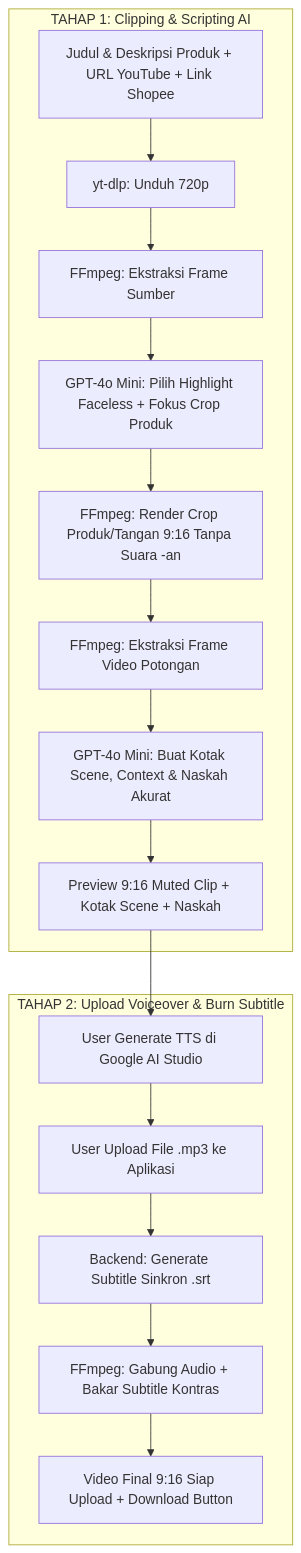
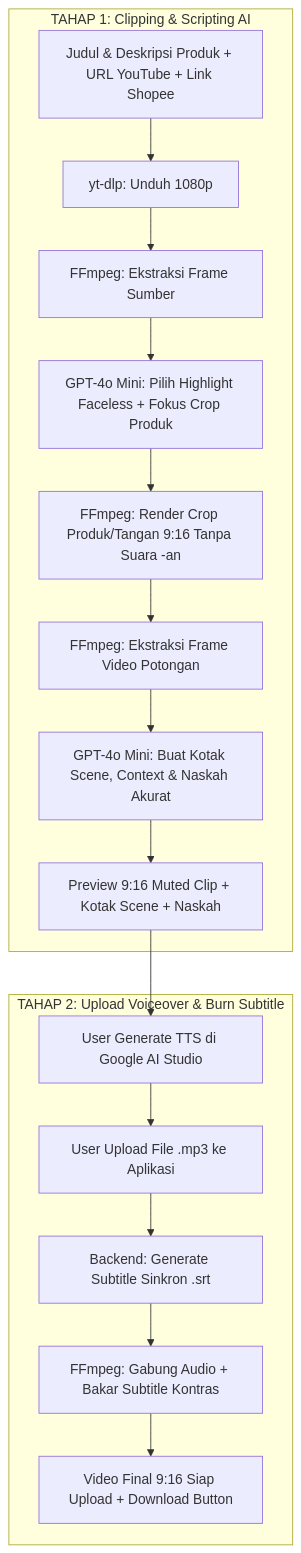
The diagram in README.md (Zozodoank/clipper), drawn with Mermaid before and after one commit. The commit also changed other lines of this file and 3 other files, not shown here.

````diff
--- a/README.md
+++ b/README.md
@@ -11,20 +11,20 @@
 ```mermaid
 flowchart TD
     subgraph TAHAP 1: Clipping & Scripting AI
-        A[Judul & Deskripsi Produk + URL YouTube + Link Shopee] --> B[yt-dlp: Unduh 720p]
+        A[Judul & Deskripsi Produk + URL YouTube + Link Shopee] --> B[yt-dlp: Unduh 1080p]
         B --> C[FFmpeg: Ekstraksi Frame Sumber]
         C --> D[GPT-4o Mini: Pilih Highlight Faceless + Fokus Crop Produk]
         D --> E[FFmpeg: Render Crop Produk/Tangan 9:16 Tanpa Suara -an]
         E --> F[FFmpeg: Ekstraksi Frame Video Potongan]
         F --> G[GPT-4o Mini: Buat Kotak Scene, Context & Naskah Akurat]
         G --> H[Preview 9:16 Muted Clip + Kotak Scene + Naskah]
     end
 
     subgraph TAHAP 2: Upload Voiceover & Burn Subtitle
         H --> I[User Generate TTS di Google AI Studio]
         I --> J[User Upload File .mp3 ke Aplikasi]
         J --> K[Backend: Generate Subtitle Sinkron .srt]
         K --> L[FFmpeg: Gabung Audio + Bakar Subtitle Kontras]
         L --> M[Video Final 9:16 Siap Upload + Download Button]
     end
 ```
````
